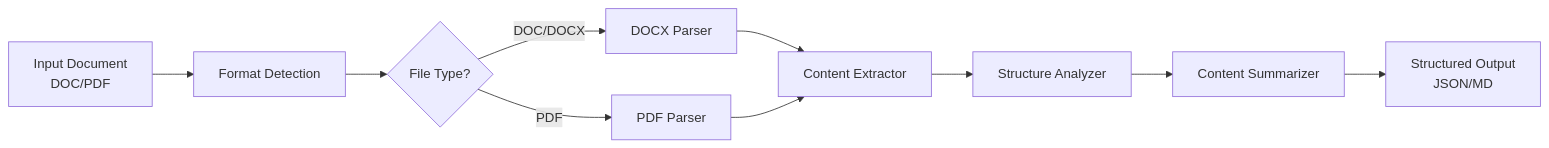
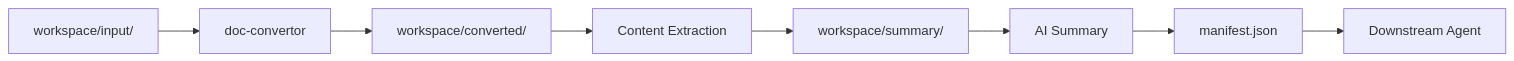
Before and after one commit to Murchey/DocMind-Studio: the diagram in ComponentAgents/doc-content-analysis/README.md, drawn with Mermaid. The commit also changed other lines of this file and 12 other files, not shown here.

````diff
--- a/ComponentAgents/doc-content-analysis/README.md
+++ b/ComponentAgents/doc-content-analysis/README.md
@@ -121,12 +56,10 @@
 ```mermaid
 graph LR
-    A[Input Document<br/>DOC/PDF] --> B[Format Detection]
-    B --> C{File Type?}
-    C -->|DOC/DOCX| D[DOCX Parser]
-    C -->|PDF| E[PDF Parser]
-    D --> F[Content Extractor]
-    E --> F
-    F --> G[Structure Analyzer]
-    G --> H[Content Summarizer]
-    H --> I[Structured Output<br/>JSON/MD]
+    A[workspace/input/] --> B[doc-convertor]
+    B --> C[workspace/converted/]
+    C --> D[Content Extraction]
+    D --> E[workspace/summary/]
+    E --> F[AI Summary]
+    F --> G[manifest.json]
+    G --> H[Downstream Agent]
 ```
````
